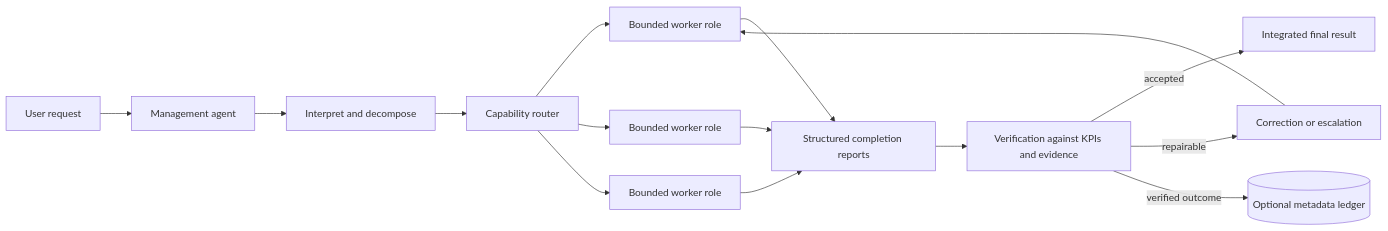
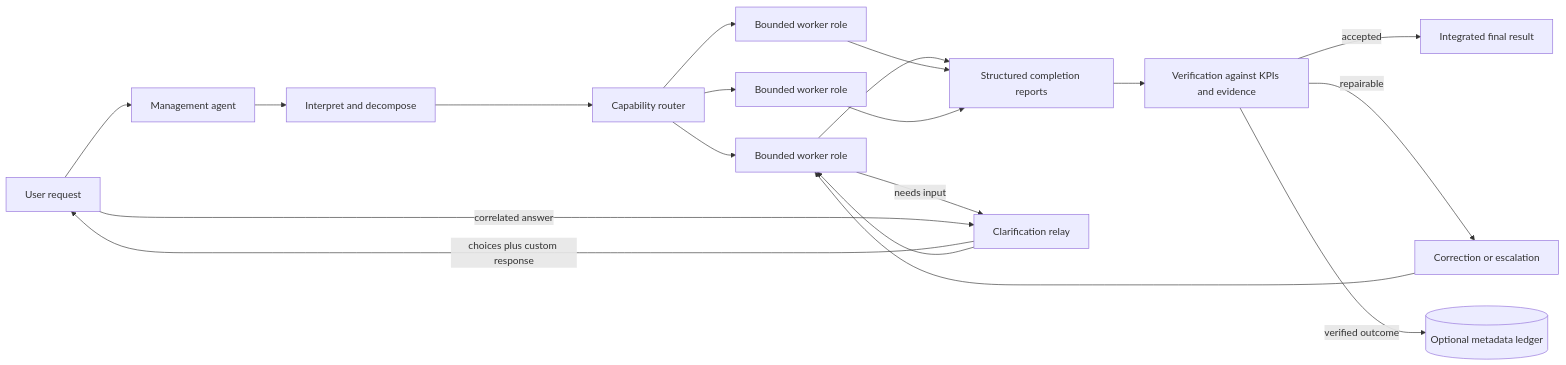
Before and after one commit to charleydou-collab/adaptive-agent-orchestrator: the diagram in README.md, drawn with Mermaid. The commit also changed other lines of this file and 18 other files, not shown here.

Commit message:
Add worker clarification relay

````diff
--- a/README.md
+++ b/README.md
@@ -24,17 +25,21 @@
 ```mermaid
 flowchart LR
     U[User request] --> M[Management agent]
     M --> I[Interpret and decompose]
     I --> R[Capability router]
     R --> W1[Bounded worker role]
     R --> W2[Bounded worker role]
     R --> W3[Bounded worker role]
     W1 --> C[Structured completion reports]
     W2 --> C
     W3 --> C
+    W1 -->|needs input| Q[Clarification relay]
+    Q -->|choices plus custom response| U
+    U -->|correlated answer| Q
+    Q --> W1
     C --> V[Verification against KPIs and evidence]
     V -->|accepted| F[Integrated final result]
     V -->|repairable| X[Correction or escalation]
     X --> W1
     V -->|verified outcome| L[(Optional metadata ledger)]
 ```
````
